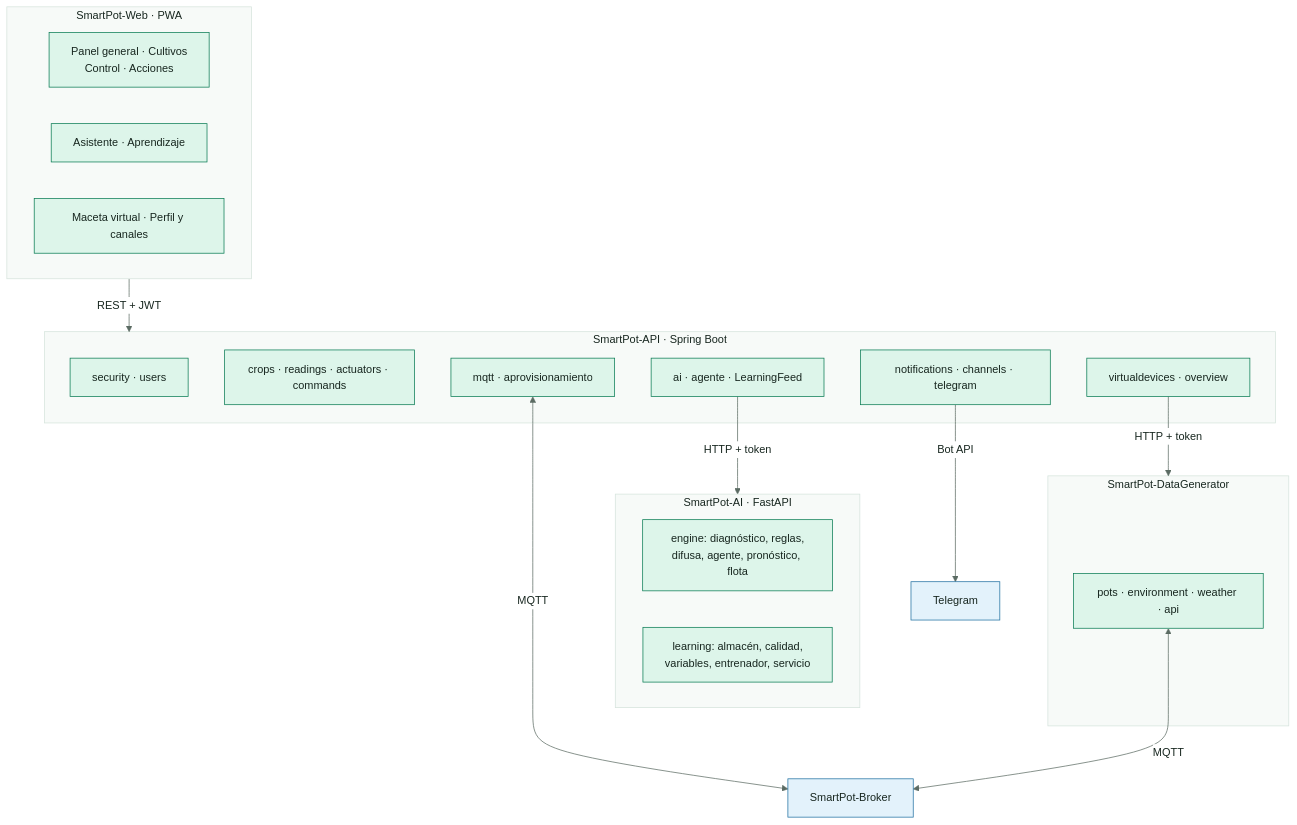
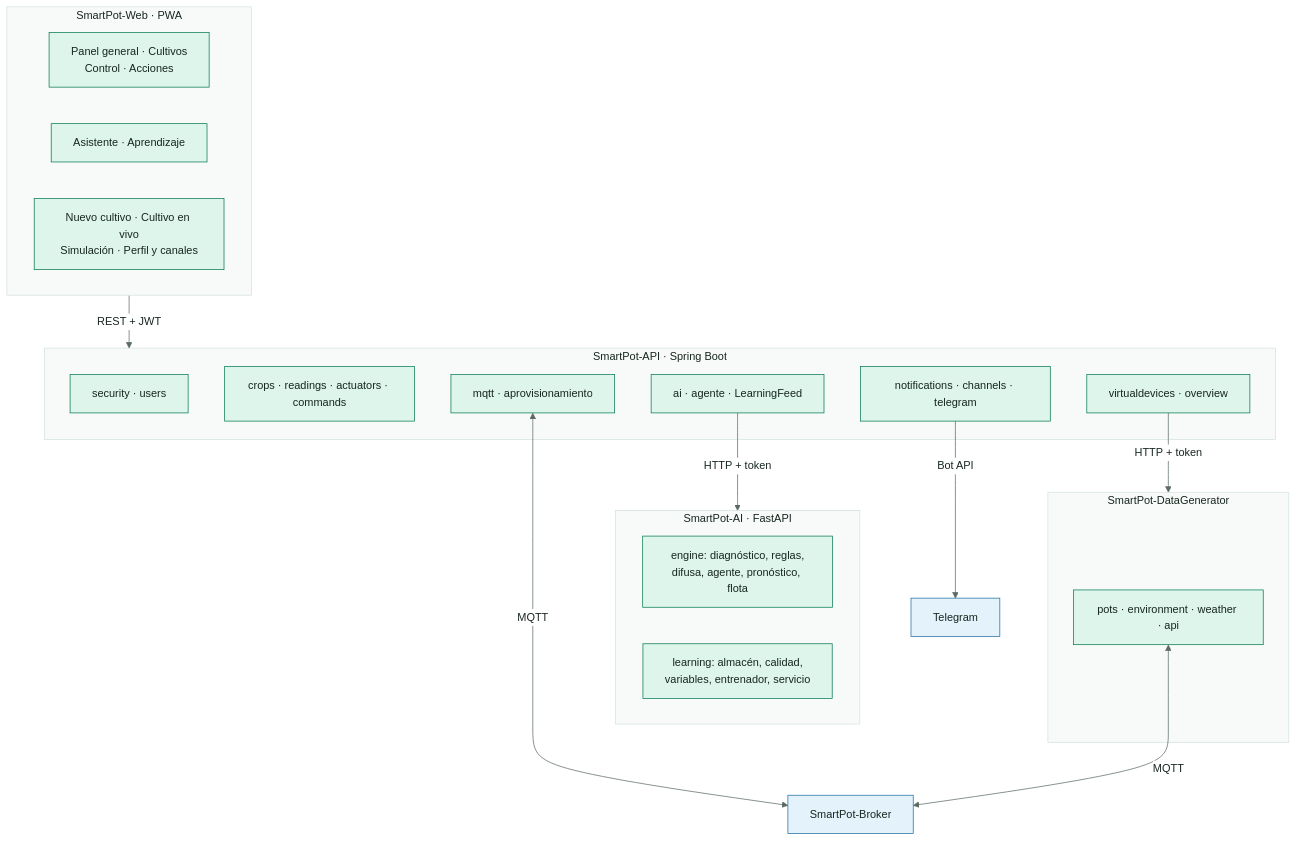
The diagram in docs/diagrams/SmartPot_12_Components.mmd (SmartPotTech/.github), drawn with Mermaid before and after one commit.

Commit message:
Show the new crop screens in the components diagram

```diff
--- a/docs/diagrams/SmartPot_12_Components.mmd
+++ b/docs/diagrams/SmartPot_12_Components.mmd
@@ -1,32 +1,32 @@
 %%{init: {"theme": "base", "fontFamily": "Segoe UI, Arial, sans-serif", "themeVariables": {"fontFamily": "Segoe UI, Arial, sans-serif", "fontSize": "15px", "primaryColor": "#DDF5EA", "primaryTextColor": "#17261F", "primaryBorderColor": "#067A52", "secondaryColor": "#E3F2FB", "secondaryTextColor": "#17261F", "secondaryBorderColor": "#1F6FA0", "tertiaryColor": "#F2F7F4", "tertiaryTextColor": "#17261F", "tertiaryBorderColor": "#D5E3DC", "lineColor": "#5B6B63", "textColor": "#17261F", "mainBkg": "#DDF5EA", "nodeBorder": "#067A52", "clusterBkg": "#F7FAF8", "clusterBorder": "#D5E3DC", "edgeLabelBackground": "#FFFFFF", "actorBkg": "#067A52", "actorBorder": "#0B3D2B", "actorTextColor": "#FFFFFF", "actorLineColor": "#5B6B63", "signalColor": "#17261F", "signalTextColor": "#17261F", "labelBoxBkgColor": "#0B3D2B", "labelBoxBorderColor": "#0B3D2B", "labelTextColor": "#FFFFFF", "loopTextColor": "#0B3D2B", "noteBkgColor": "#FDF4DD", "noteBorderColor": "#C98D12", "noteTextColor": "#17261F", "activationBkgColor": "#DDF5EA", "activationBorderColor": "#067A52", "attributeBackgroundColorOdd": "#FFFFFF", "attributeBackgroundColorEven": "#F2F7F4"}}}%%
 flowchart TB
   subgraph web["SmartPot-Web · PWA"]
     w1["Panel general · Cultivos<br/>Control · Acciones"]
     w2["Asistente · Aprendizaje"]
-    w3["Maceta virtual · Perfil y canales"]
+    w3["Nuevo cultivo · Cultivo en vivo<br/>Simulación · Perfil y canales"]
   end
   subgraph api["SmartPot-API · Spring Boot"]
     a1["security · users"]
     a2["crops · readings · actuators · commands"]
     a3["mqtt · aprovisionamiento"]
     a4["ai · agente · LearningFeed"]
     a5["notifications · channels · telegram"]
     a6["virtualdevices · overview"]
   end
   subgraph ai["SmartPot-AI · FastAPI"]
     i1["engine: diagnóstico, reglas,<br/>difusa, agente, pronóstico, flota"]
     i2["learning: almacén, calidad,<br/>variables, entrenador, servicio"]
   end
   subgraph sim["SmartPot-DataGenerator"]
     s1["pots · environment · weather · api"]
   end
   web -->|"REST + JWT"| api
   a3 <-->|"MQTT"| broker["SmartPot-Broker"]
   s1 <-->|"MQTT"| broker
   a4 -->|"HTTP + token"| ai
   a6 -->|"HTTP + token"| sim
   a5 -->|"Bot API"| tg["Telegram"]
   classDef box fill:#DDF5EA,stroke:#067A52,color:#17261F
   classDef ext fill:#E3F2FB,stroke:#1F6FA0,color:#17261F
   class w1,w2,w3,a1,a2,a3,a4,a5,a6,i1,i2,s1 box
   class broker,tg ext
```
